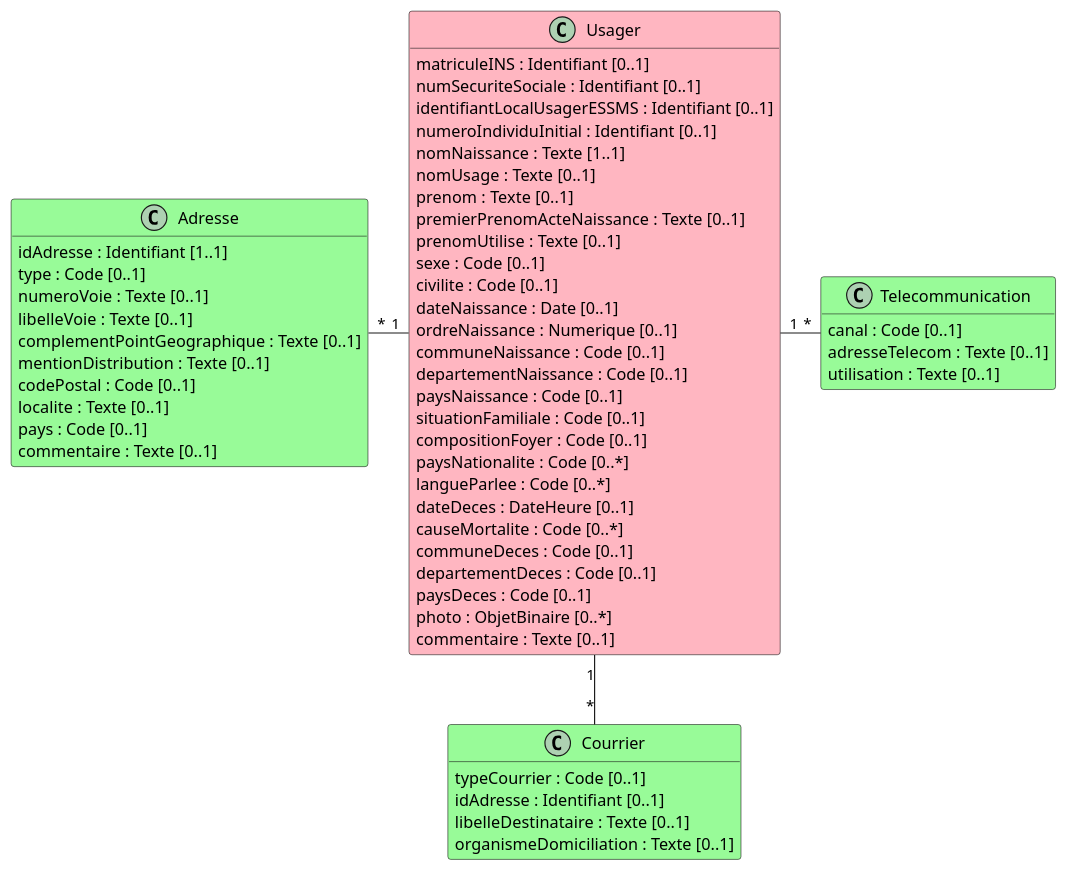
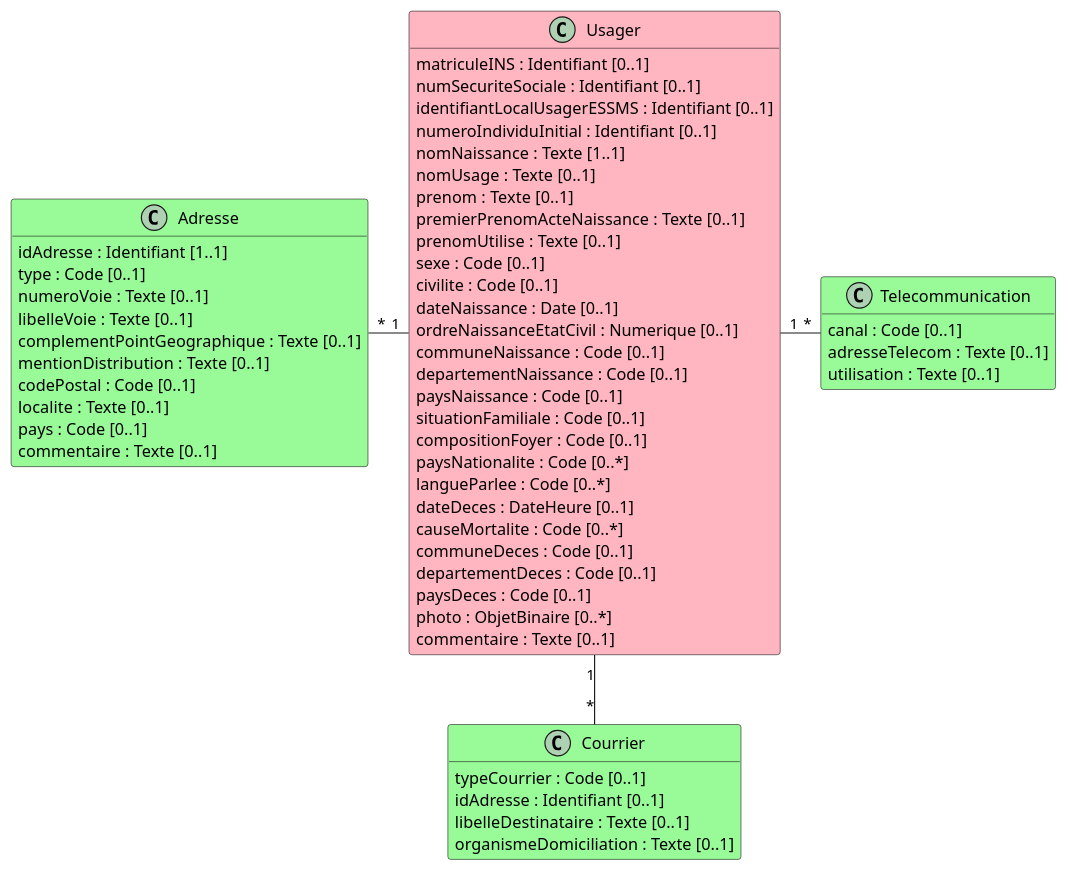
Before and after one commit to ansforge/IG-fhir-medicosocial-transfert-donnees-dui: the diagram in input/images-source/bloc_identification_coordonnees.plantuml, drawn with PlantUML. The commit also changed 1 other file, not shown here.

Commit message:
renommageOrdreNaissance

```diff
--- a/input/images-source/bloc_identification_coordonnees.plantuml
+++ b/input/images-source/bloc_identification_coordonnees.plantuml
@@ -1,65 +1,65 @@
 @startuml
 
 hide empty methods
 
 class Usager #LightPink {
     matriculeINS : Identifiant [0..1]
     numSecuriteSociale : Identifiant [0..1]
     identifiantLocalUsagerESSMS : Identifiant [0..1]
     numeroIndividuInitial : Identifiant [0..1]
     nomNaissance : Texte [1..1]
     nomUsage : Texte [0..1]
     prenom : Texte [0..1]
     premierPrenomActeNaissance : Texte [0..1]
     prenomUtilise : Texte [0..1]
     sexe : Code [0..1]
     civilite : Code [0..1]
     dateNaissance : Date [0..1]
-    ordreNaissance : Numerique [0..1]
+    ordreNaissanceEtatCivil : Numerique [0..1]
     communeNaissance : Code [0..1]
     departementNaissance : Code [0..1]
     paysNaissance : Code [0..1]
     situationFamiliale : Code [0..1]
     compositionFoyer : Code [0..1]
     paysNationalite : Code [0..*]
     langueParlee : Code [0..*]
     dateDeces : DateHeure [0..1]
     causeMortalite : Code [0..*]
     communeDeces : Code [0..1]
     departementDeces : Code [0..1]
     paysDeces : Code [0..1]
     photo : ObjetBinaire [0..*]
     commentaire : Texte [0..1]
 }
 
 class Adresse #PaleGreen {
     idAdresse : Identifiant [1..1]
     type : Code [0..1]
     numeroVoie : Texte [0..1]
     libelleVoie : Texte [0..1]
     complementPointGeographique : Texte [0..1]
     mentionDistribution : Texte [0..1]
     codePostal : Code [0..1]
     localite : Texte [0..1]
     pays : Code [0..1]
     commentaire : Texte [0..1]
 }
 
 class Telecommunication #PaleGreen {
     canal : Code [0..1]
     adresseTelecom : Texte [0..1]
     utilisation : Texte [0..1]
 }
 
 class Courrier #PaleGreen {
     typeCourrier : Code [0..1]
     idAdresse : Identifiant [0..1]
     libelleDestinataire : Texte [0..1]
     organismeDomiciliation : Texte [0..1]
 }
 
 Adresse "*" - "1" Usager
 Usager "1" - "*" Telecommunication
 Usager "1" -- "*" Courrier
 
 @enduml
```
